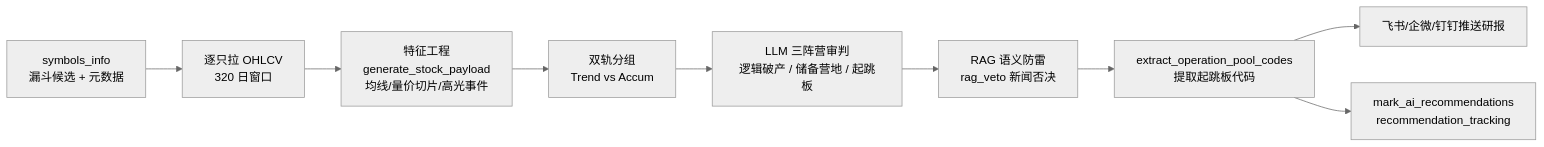
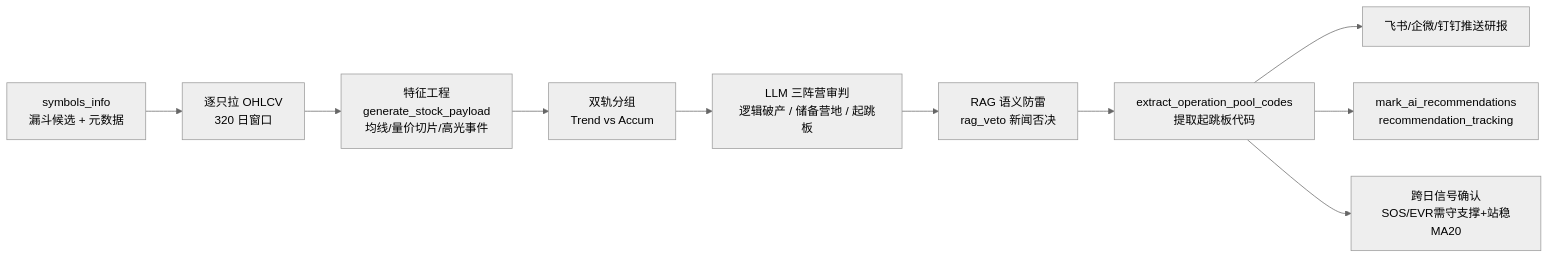
Before and after one commit to niyoh120/Wyckoff-Analysis: the fourth of 7 diagrams in docs/A_SHARE_FUNNEL_FLOW.md, drawn with Mermaid (neutral theme). The commit also changed other lines of this file and 51 other files, not shown here.

````diff
--- a/docs/A_SHARE_FUNNEL_FLOW.md
+++ b/docs/A_SHARE_FUNNEL_FLOW.md
@@ -237,11 +241,12 @@
 ```mermaid
 flowchart LR
     IN["symbols_info<br/>漏斗候选 + 元数据"] --> FETCH["逐只拉 OHLCV<br/>320 日窗口"]
     FETCH --> FEAT["特征工程<br/>generate_stock_payload<br/>均线/量价切片/高光事件"]
     FEAT --> SPLIT["双轨分组<br/>Trend vs Accum"]
     SPLIT --> LLM["LLM 三阵营审判<br/>逻辑破产 / 储备营地 / 起跳板"]
     LLM --> RAG["RAG 语义防雷<br/>rag_veto 新闻否决"]
     RAG --> OUT["extract_operation_pool_codes<br/>提取起跳板代码"]
     OUT --> PUSH["飞书/企微/钉钉推送研报"]
     OUT --> MARK["mark_ai_recommendations<br/>recommendation_tracking"]
+    OUT --> CONF["跨日信号确认<br/>SOS/EVR需守支撑+站稳MA20"]
 ```
````
